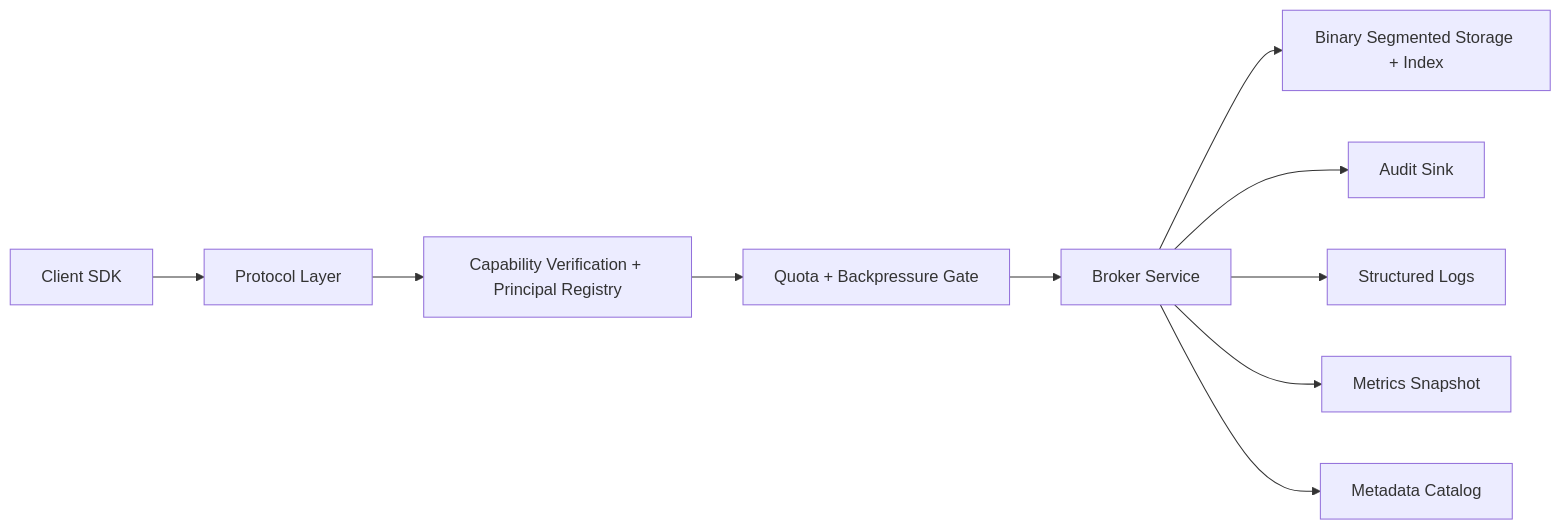
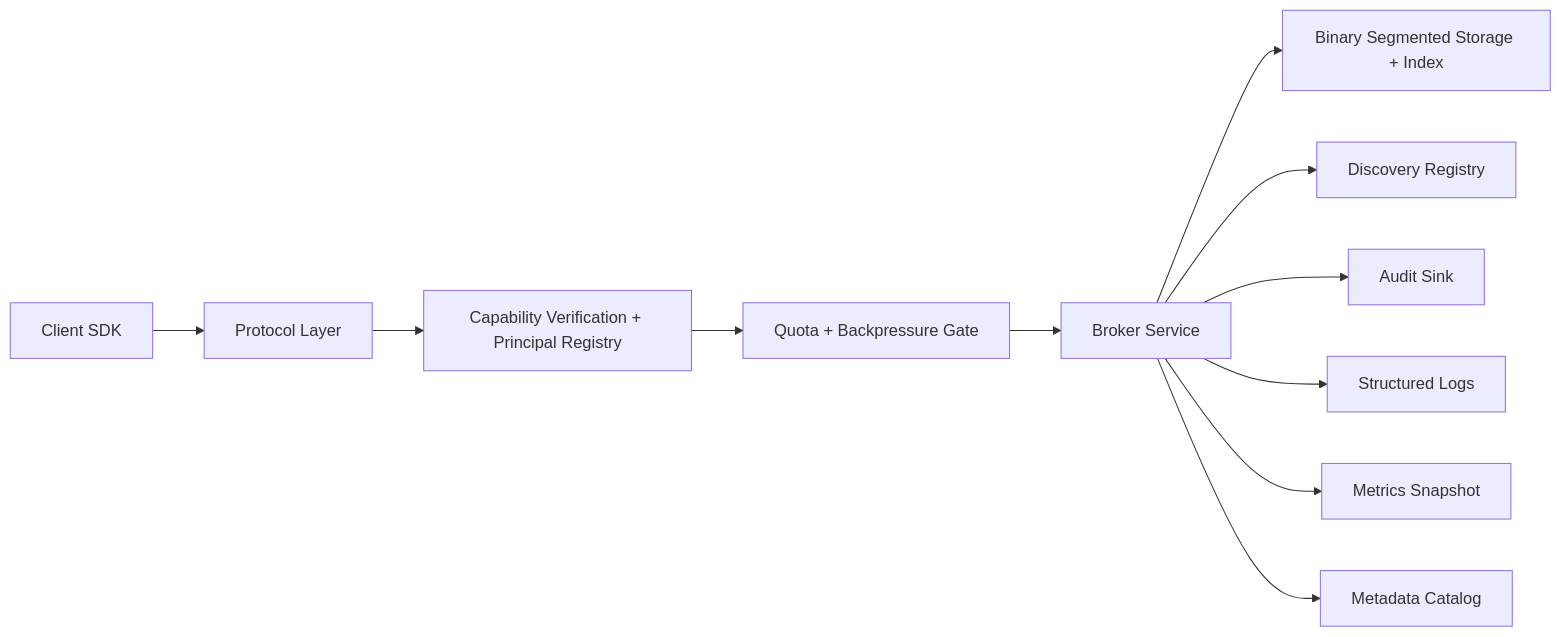
Before and after one commit to Botfather/expressways: the diagram in docs/design/phase-1-system-design.md, drawn with Mermaid. The commit also changed other lines of this file and 13 other files, not shown here.

````diff
--- a/docs/design/phase-1-system-design.md
+++ b/docs/design/phase-1-system-design.md
@@ -31,12 +31,13 @@
 ```mermaid
 flowchart LR
     C["Client SDK"] --> P["Protocol Layer"]
     P --> A["Capability Verification + Principal Registry"]
     A --> Q["Quota + Backpressure Gate"]
     Q --> B["Broker Service"]
     B --> S["Binary Segmented Storage + Index"]
+    B --> R["Discovery Registry"]
     B --> U["Audit Sink"]
     B --> L["Structured Logs"]
     B --> O["Metrics Snapshot"]
     B --> M["Metadata Catalog"]
 ```
````
